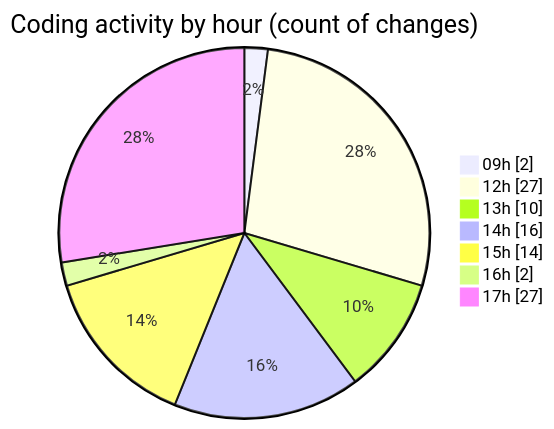
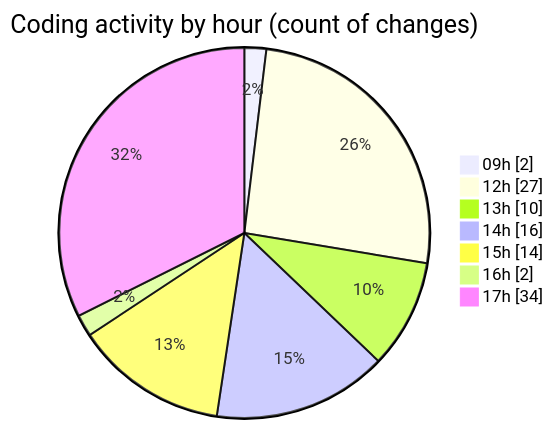
Before and after one commit to momahboobian/code-tracking: the second of 2 diagrams in 2025-11-06/cda/README.md, drawn with Mermaid. The commit also changed other lines of this file and 1 other file, not shown here.

````diff
--- a/2025-11-06/cda/README.md
+++ b/2025-11-06/cda/README.md
@@ -67,11 +67,11 @@
 ```mermaid
 pie showData
 title Coding activity by hour (count of changes)
 "09h" : 2
 "12h" : 27
 "13h" : 10
 "14h" : 16
 "15h" : 14
 "16h" : 2
-"17h" : 27
+"17h" : 34
 ```
````
